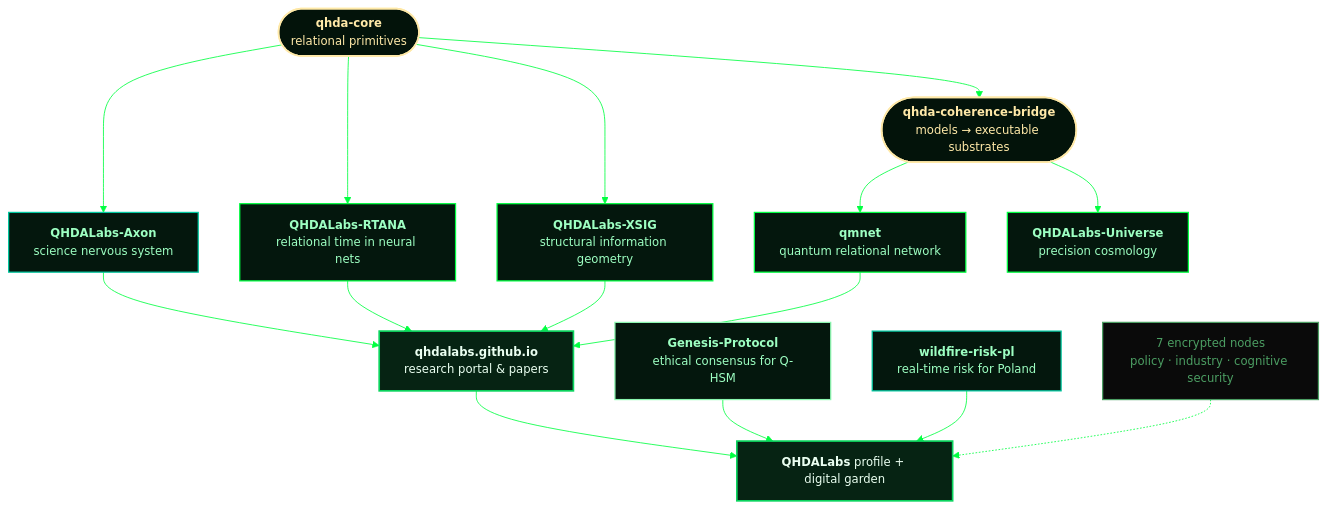
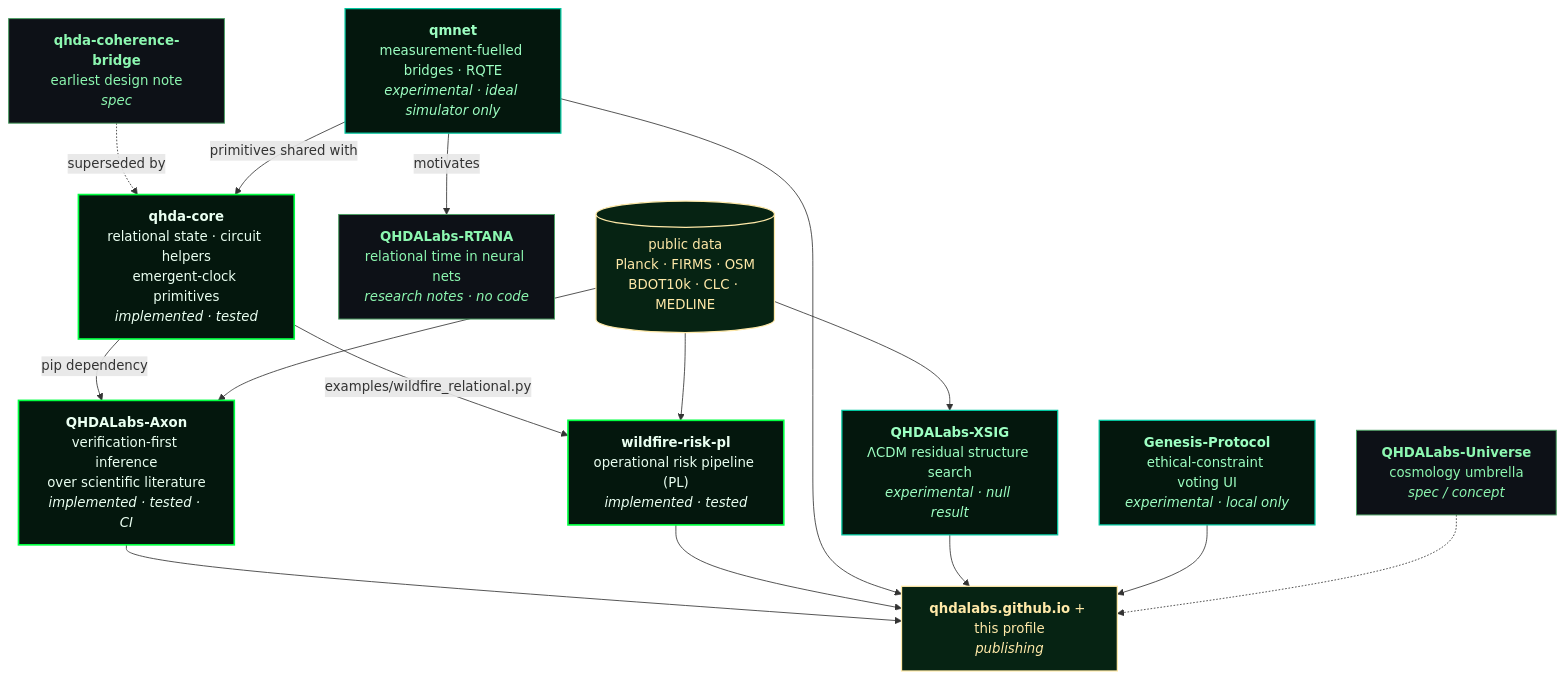
The diagram in README.md (QHDALabs/QHDALabs), drawn with Mermaid before and after one commit. The commit also changed other lines of this file and 18 other files, not shown here.

````diff
--- a/README.md
+++ b/README.md
@@ -53,34 +106,43 @@
 ```mermaid
-%%{init: {'theme':'base','themeVariables':{'primaryColor':'#04170d','primaryTextColor':'#9DFFC2','primaryBorderColor':'#00FF41','lineColor':'#00FF41','secondaryColor':'#062313','tertiaryColor':'#03130a','fontFamily':'ui-monospace, monospace','fontSize':'14px','edgeLabelBackground':'#0d1117'}}}%%
 flowchart TD
-    CORE(["<b>qhda-core</b><br/>relational primitives"]):::kernel
-    BRIDGE(["<b>qhda-coherence-bridge</b><br/>models → executable substrates"]):::kernel
+    CORE["<b>qhda-core</b><br/>relational state · circuit helpers<br/>emergent-clock primitives<br/><i>implemented · tested</i>"]
 
-    CORE --> AXON["<b>QHDALabs-Axon</b><br/>science nervous system"]:::app
-    CORE --> RTANA["<b>QHDALabs-RTANA</b><br/>relational time in neural nets"]:::res
-    CORE --> XSIG["<b>QHDALabs-XSIG</b><br/>structural information geometry"]:::res
-    CORE --> BRIDGE
-    BRIDGE --> QMNET["<b>qmnet</b><br/>quantum relational network"]:::res
-    BRIDGE --> UNI["<b>QHDALabs-Universe</b><br/>precision cosmology"]:::res
+    AXON["<b>QHDALabs-Axon</b><br/>verification-first inference<br/>over scientific literature<br/><i>implemented · tested · CI</i>"]
+    FIRE["<b>wildfire-risk-pl</b><br/>operational risk pipeline (PL)<br/><i>implemented · tested</i>"]
+    QMNET["<b>qmnet</b><br/>measurement-fuelled bridges · RQTE<br/><i>experimental · ideal simulator only</i>"]
+    XSIG["<b>QHDALabs-XSIG</b><br/>ΛCDM residual structure search<br/><i>experimental · null result</i>"]
+    GEN["<b>Genesis-Protocol</b><br/>ethical-constraint voting UI<br/><i>experimental · local only</i>"]
 
-    AXON --> PORTAL["<b>qhdalabs.github.io</b><br/>research portal &amp; papers"]:::pub
-    RTANA --> PORTAL
+    RTANA["<b>QHDALabs-RTANA</b><br/>relational time in neural nets<br/><i>research notes · no code</i>"]
+    UNI["<b>QHDALabs-Universe</b><br/>cosmology umbrella<br/><i>spec / concept</i>"]
+    BRIDGE["<b>qhda-coherence-bridge</b><br/>earliest design note<br/><i>spec</i>"]
+
+    DATA[("public data<br/>Planck · FIRMS · OSM<br/>BDOT10k · CLC · MEDLINE")]
+    PORTAL["<b>qhdalabs.github.io</b> + this profile<br/><i>publishing</i>"]
+
+    CORE -->|pip dependency| AXON
+    CORE -->|examples/wildfire_relational.py| FIRE
+    BRIDGE -.->|superseded by| CORE
+    QMNET -->|motivates| RTANA
+    QMNET -->|primitives shared with| CORE
+
+    DATA --> AXON
+    DATA --> FIRE
+    DATA --> XSIG
+
+    AXON --> PORTAL
+    FIRE --> PORTAL
+    QMNET --> PORTAL
     XSIG --> PORTAL
-    QMNET --> PORTAL
+    GEN --> PORTAL
+    UNI -.-> PORTAL
 
-    GEN["<b>Genesis-Protocol</b><br/>ethical consensus for Q-HSM"]:::gov
-    FIRE["<b>wildfire-risk-pl</b><br/>real-time risk for Poland"]:::app
-    HUB["<b>QHDALabs</b> profile + digital garden"]:::pub
-
-    PORTAL --> HUB
-    GEN --> HUB
-    FIRE --> HUB
-    DARK["7 encrypted nodes<br/>policy · industry · cognitive security"]:::dark -.-> HUB
-
-    classDef kernel fill:#03130a,stroke:#FFE9A8,stroke-width:2px,color:#FFE9A8
-    classDef res    fill:#04170d,stroke:#00FF41,stroke-width:1.5px,color:#9DFFC2
-    classDef app    fill:#04170d,stroke:#00C8A0,stroke-width:1.5px,color:#9DFFC2
-    classDef gov    fill:#04170d,stroke:#8CF7B0,stroke-width:1.5px,color:#9DFFC2
-    classDef pub    fill:#062313,stroke:#0BD45E,stroke-width:2px,color:#EAFFF1
-    classDef dark   fill:#0a0a0a,stroke:#4C9E63,stroke-width:1.5px,color:#4C9E63
+    classDef impl  fill:#04170d,stroke:#00FF41,stroke-width:2px,color:#EAFFF1
+    classDef exp   fill:#04170d,stroke:#00C8A0,stroke-width:1.5px,color:#9DFFC2
+    classDef notes fill:#0d1117,stroke:#4C9E63,stroke-width:1.2px,color:#8CF7B0
+    classDef data  fill:#062313,stroke:#FFE9A8,stroke-width:1.5px,color:#FFE9A8
+    class CORE,AXON,FIRE impl
+    class QMNET,XSIG,GEN exp
+    class RTANA,UNI,BRIDGE notes
+    class DATA,PORTAL data
 ```
````
